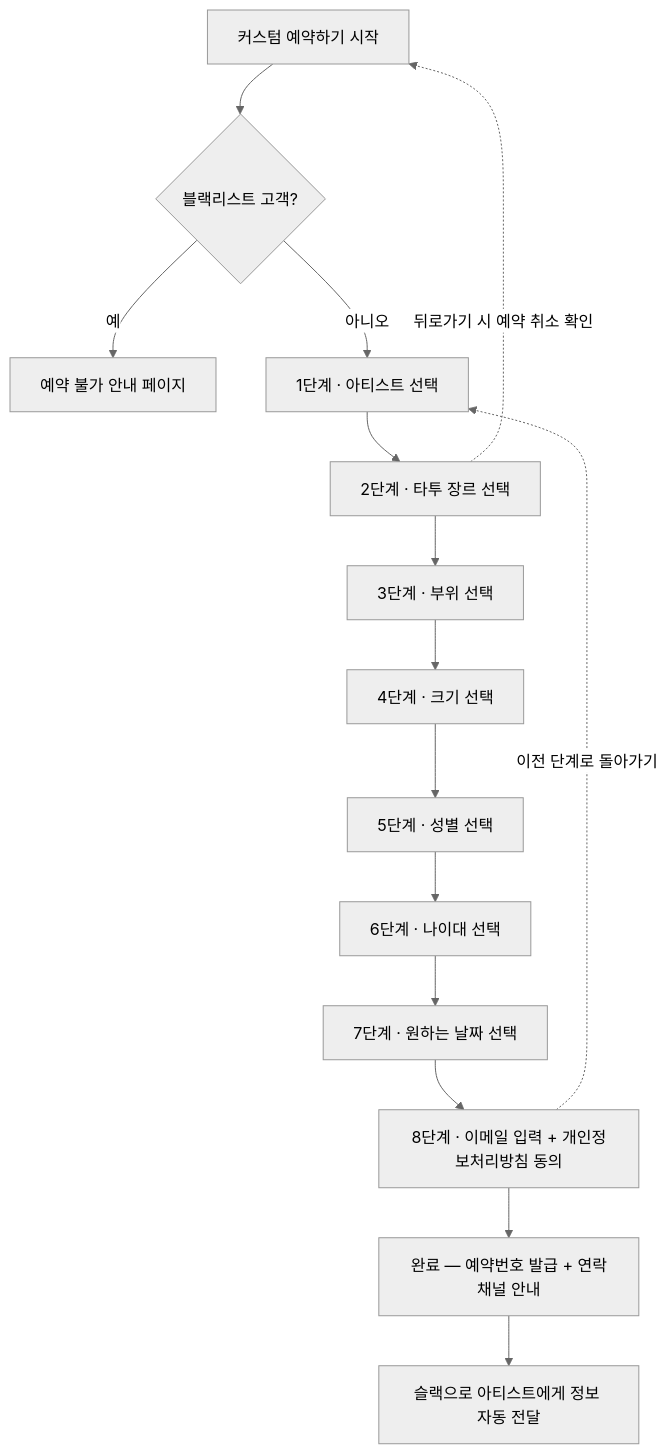
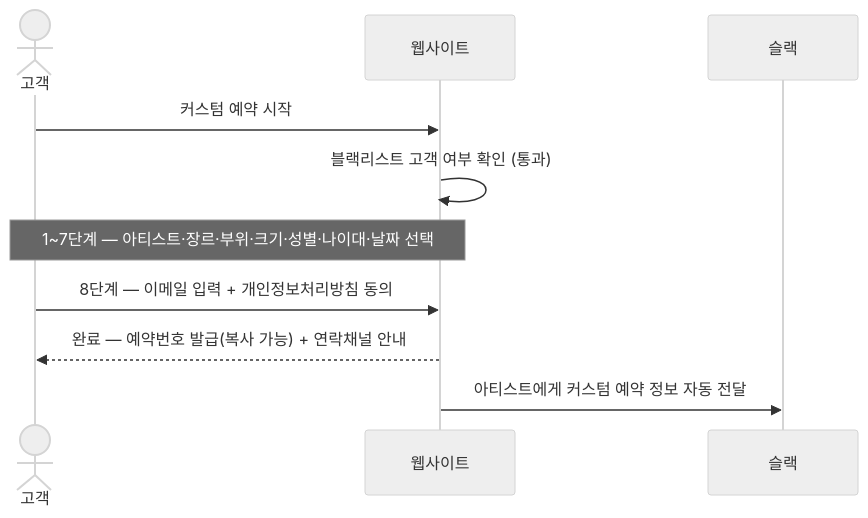
Before and after one commit to leeyonghee030/tattoo_project: the sixth of 8 diagrams in README.md, drawn with Mermaid (neutral theme). The commit also changed other lines of this file, not shown here.

First line of the commit message:
DOCS(readme): 워크플로우 다이어그램 단순화 및 핵심 시나리오 추가 - 2026-05-20

````diff
--- a/README.md
+++ b/README.md
@@ -244,17 +181,13 @@
 ```mermaid
-flowchart TD
-    S0[커스텀 예약하기 시작] --> CK{블랙리스트 고객?}
-    CK -->|예| BL[예약 불가 안내 페이지]
-    CK -->|아니오| S1[1단계 · 아티스트 선택]
-    S1 --> S2[2단계 · 타투 장르 선택]
-    S2 --> S3[3단계 · 부위 선택]
-    S3 --> S4[4단계 · 크기 선택]
-    S4 --> S5[5단계 · 성별 선택]
-    S5 --> S6[6단계 · 나이대 선택]
-    S6 --> S7[7단계 · 원하는 날짜 선택]
-    S7 --> S8[8단계 · 이메일 입력 + 개인정보처리방침 동의]
-    S8 --> DONE[완료 — 예약번호 발급 + 연락채널 안내]
-    DONE --> SLACK[슬랙으로 아티스트에게 정보 자동 전달]
-    S8 -. 이전 단계로 돌아가기 .-> S1
-    S2 -. 뒤로가기 시 예약 취소 확인 .-> S0
+sequenceDiagram
+    actor C as 고객
+    participant W as 웹사이트
+    participant S as 슬랙
+
+    C->>W: 커스텀 예약 시작
+    W->>W: 블랙리스트 고객 여부 확인 (통과)
+    Note over C,W: 1~7단계 — 아티스트·장르·부위·크기·성별·나이대·날짜 선택
+    C->>W: 8단계 — 이메일 입력 + 개인정보처리방침 동의
+    W-->>C: 완료 — 예약번호 발급(복사 가능) + 연락채널 안내
+    W->>S: 아티스트에게 커스텀 예약 정보 자동 전달
 ```
````
